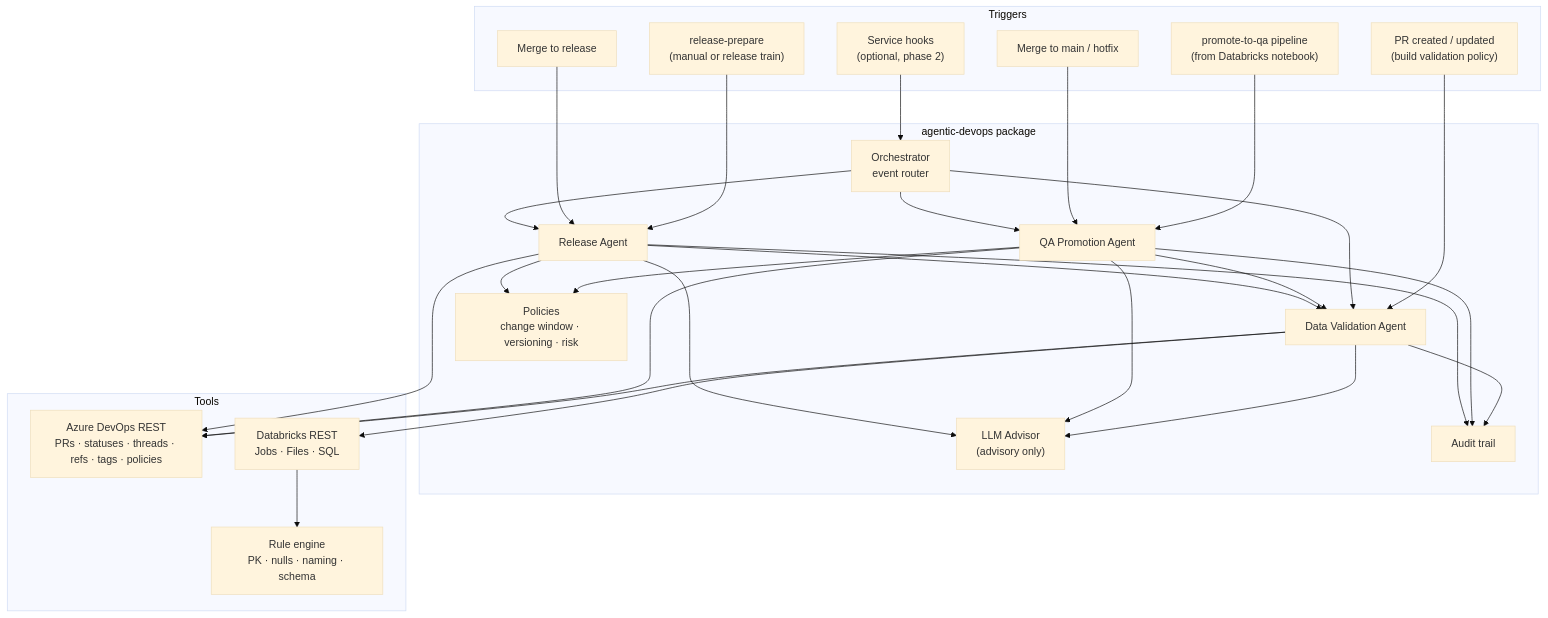
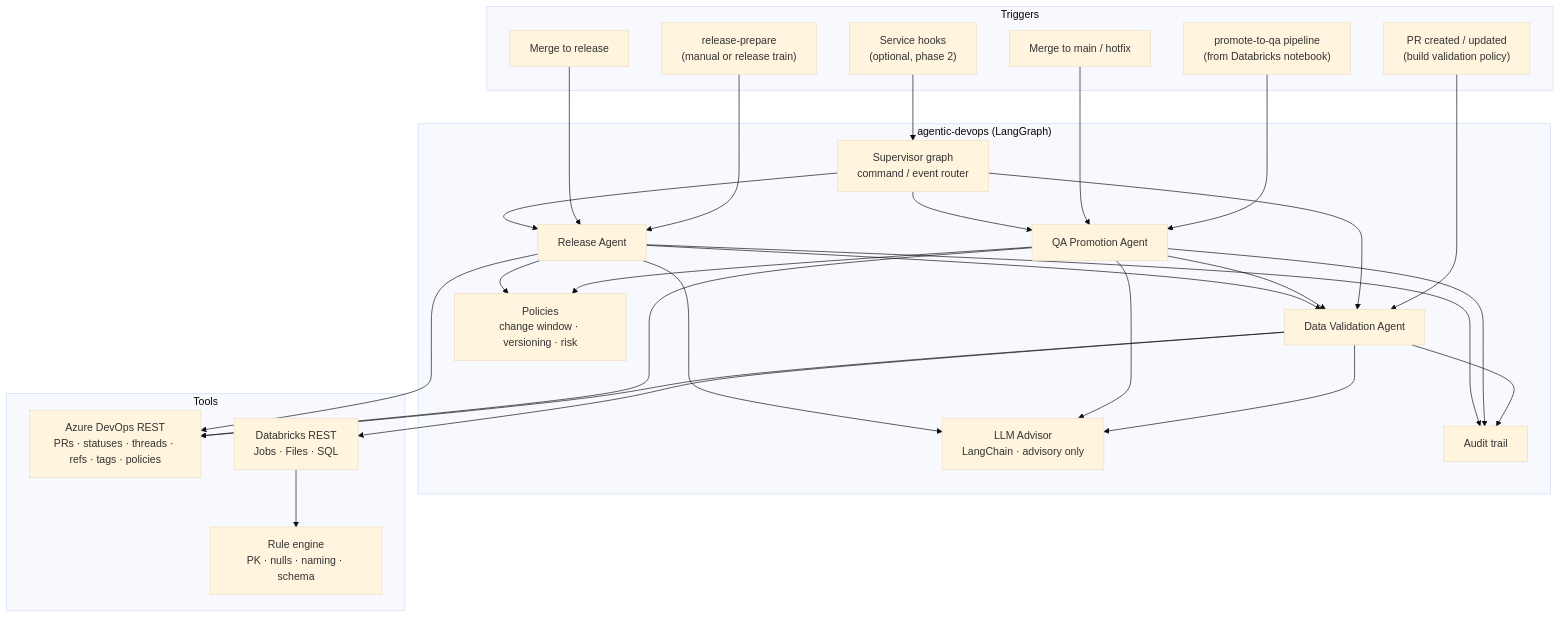
Before and after one commit to SUDHANSHU4497/demo_repo_create: the second of 8 diagrams in docs/HLD.md, drawn with Mermaid (base theme). The commit also changed other lines of this file and 40 other files, not shown here.

````diff
--- a/docs/HLD.md
+++ b/docs/HLD.md
@@ -69,41 +71,41 @@
 ```mermaid
 flowchart TB
     subgraph Triggers
       T1["PR created / updated<br/>(build validation policy)"]
       T2["promote-to-qa pipeline<br/>(from Databricks notebook)"]
       T3["Merge to main / hotfix"]
       T4["release-prepare<br/>(manual or release train)"]
       T5["Merge to release"]
       T6["Service hooks<br/>(optional, phase 2)"]
     end
 
-    subgraph Agents["agentic-devops package"]
-      ORCH["Orchestrator<br/>event router"]
+    subgraph Agents["agentic-devops (LangGraph)"]
+      ORCH["Supervisor graph<br/>command / event router"]
       DVA["Data Validation Agent"]
       QPA["QA Promotion Agent"]
       RA["Release Agent"]
-      ADV["LLM Advisor<br/>(advisory only)"]
+      ADV["LLM Advisor<br/>LangChain · advisory only"]
       POLY["Policies<br/>change window · versioning · risk"]
       AUD["Audit trail"]
     end
 
     subgraph Tools
       ADOAPI["Azure DevOps REST<br/>PRs · statuses · threads · refs · tags · policies"]
       DBXAPI["Databricks REST<br/>Jobs · Files · SQL"]
       ENGINE["Rule engine<br/>PK · nulls · naming · schema"]
     end
 
     T1 --> DVA
     T2 --> QPA
     T3 --> QPA
     T4 --> RA
     T5 --> RA
     T6 --> ORCH --> DVA & QPA & RA
     QPA --> DVA
     RA --> DVA
     DVA & QPA & RA --> ADV
     QPA & RA --> POLY
     DVA & QPA & RA --> AUD
     DVA --> DBXAPI --> ENGINE
     DVA & QPA & RA --> ADOAPI
 ```
````
